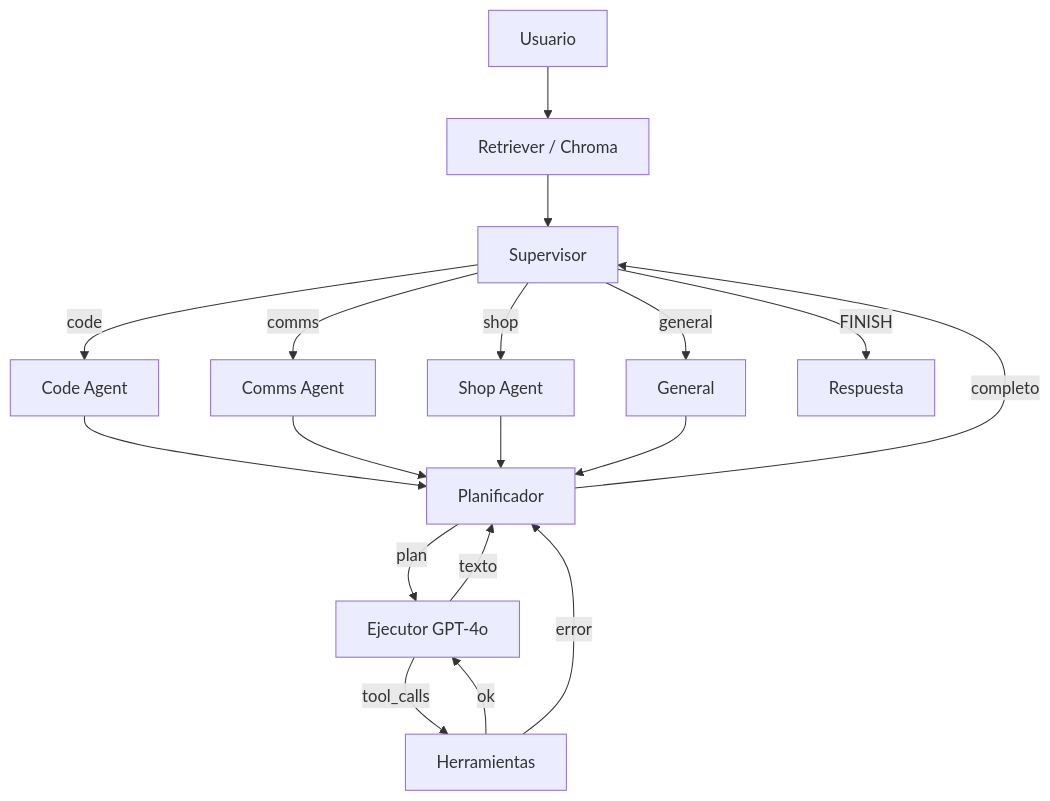
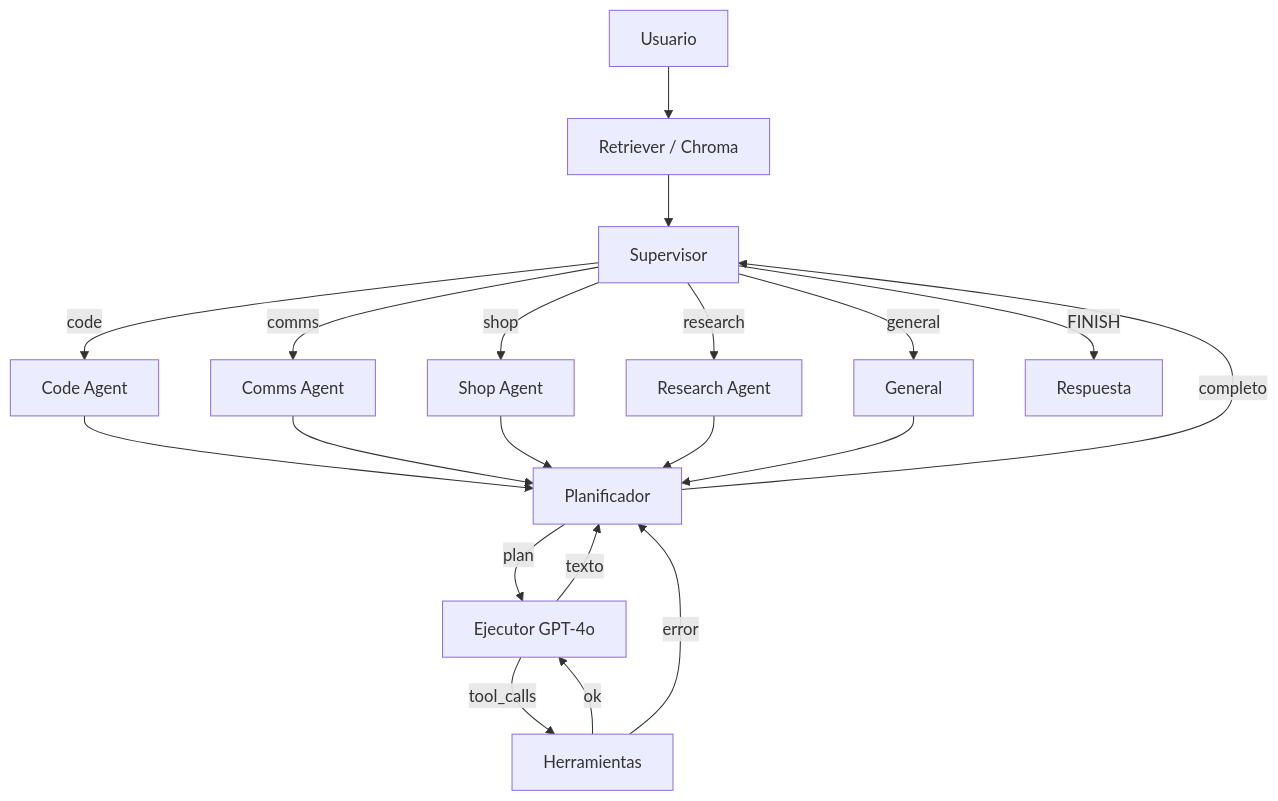
One commit to dertebusiness824-debug/J.a.r.v.i.s changed the diagram in README.md. Above: the diagram before and after it, drawn with Mermaid. The commit also changed other lines of this file and 52 other files, not shown here.

First line of the commit message:
Add Research Agent OSINT specialist to the LangGraph supervisor (#2)

````diff
--- a/README.md
+++ b/README.md
@@ -49,20 +77,22 @@
 ```mermaid
 flowchart TD
   U[Usuario] --> R[Retriever / Chroma]
   R --> S[Supervisor]
   S -->|code| C[Code Agent]
   S -->|comms| M[Comms Agent]
   S -->|shop| H[Shop Agent]
+  S -->|research| OS[Research Agent]
   S -->|general| G[General]
   C --> P[Planificador]
   M --> P
   H --> P
+  OS --> P
   G --> P
   P -->|plan| E[Ejecutor GPT-4o]
   E -->|tool_calls| T[Herramientas]
   T -->|ok| E
   T -->|error| P
   E -->|texto| P
   P -->|completo| S
   S -->|FINISH| END[Respuesta]
 ```
````
